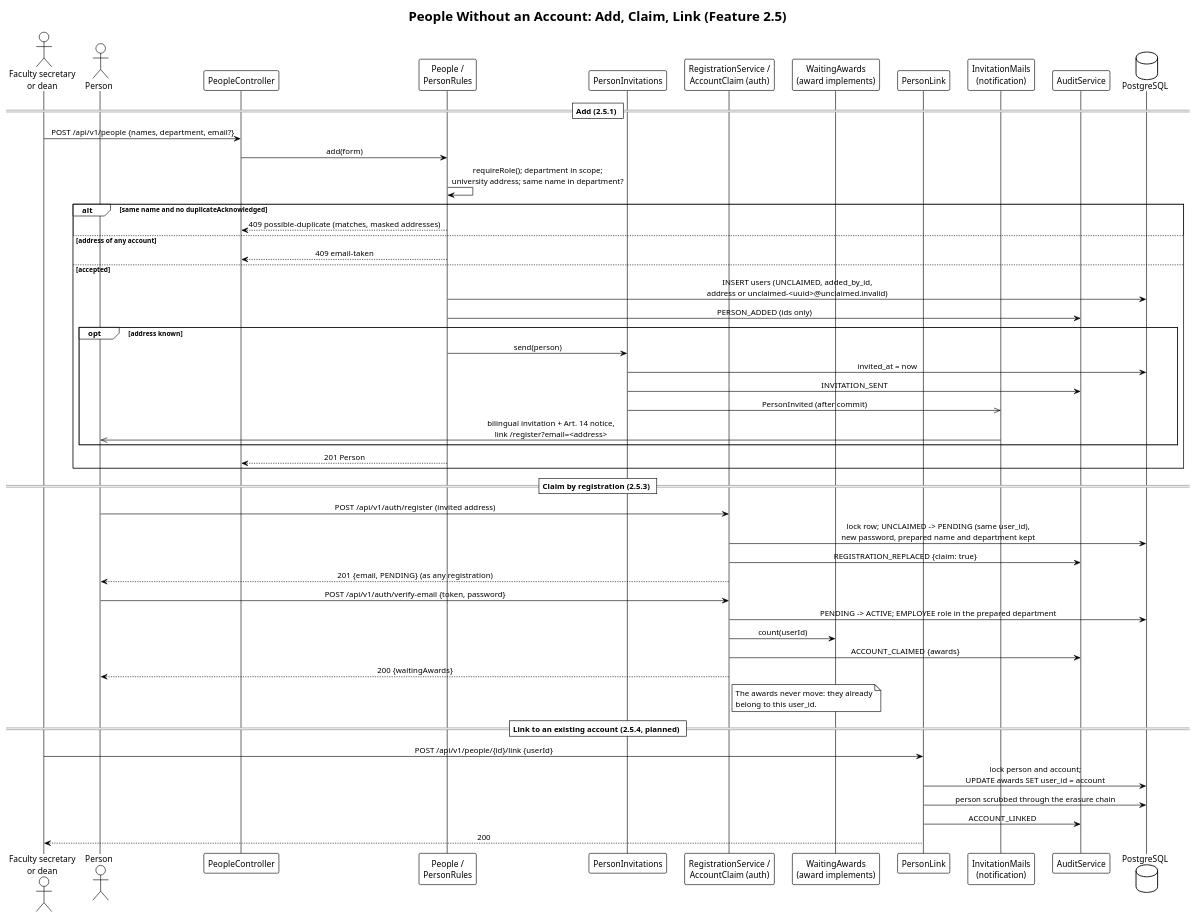
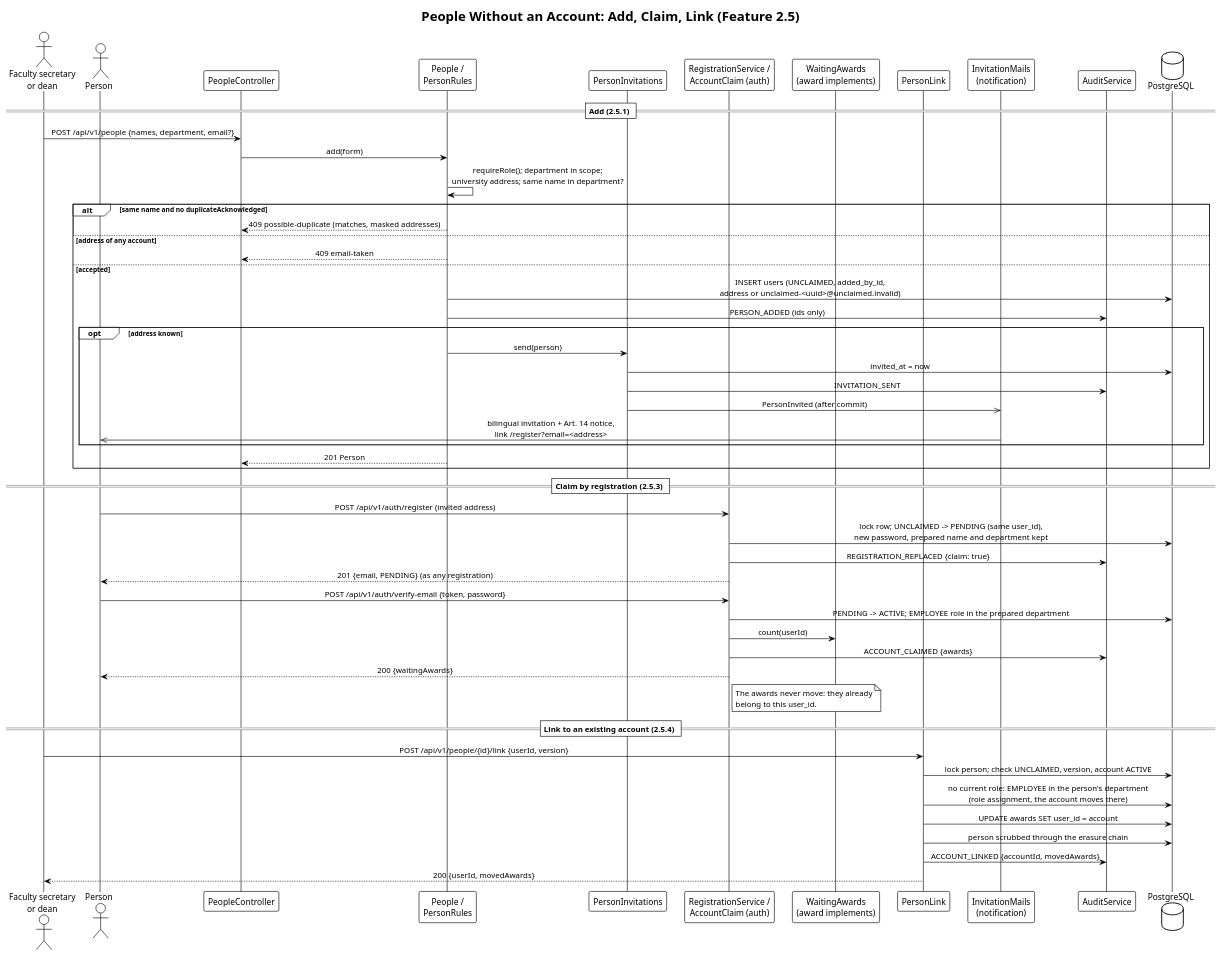
Before and after one commit to StKostyk/award-monitoring-system: the diagram in docs/diagrams/uml/sequence-person-claim-link.puml, drawn with PlantUML. The commit also changed 30 other files, not shown here.

Commit message:
feat(people): link a person without an account at membership confirmation

```diff
--- a/docs/diagrams/uml/sequence-person-claim-link.puml
+++ b/docs/diagrams/uml/sequence-person-claim-link.puml
@@ -1,61 +1,63 @@
 @startuml Sequence_Person_Claim_Link
 !theme plain
 skinparam sequenceMessageAlign center
 
 title People Without an Account: Add, Claim, Link (Feature 2.5)
 
 actor "Faculty secretary\nor dean" as secretary
 actor "Person" as person
 participant "PeopleController" as ctrl
 participant "People /\nPersonRules" as people
 participant "PersonInvitations" as invitations
 participant "RegistrationService /\nAccountClaim (auth)" as registration
 participant "WaitingAwards\n(award implements)" as waiting
 participant "PersonLink" as link
 participant "InvitationMails\n(notification)" as mails
 participant "AuditService" as audit
 database "PostgreSQL" as db
 
 == Add (2.5.1) ==
 secretary -> ctrl: POST /api/v1/people {names, department, email?}
 ctrl -> people: add(form)
 people -> people: requireRole(); department in scope;\nuniversity address; same name in department?
 alt same name and no duplicateAcknowledged
     people --> ctrl: 409 possible-duplicate (matches, masked addresses)
 else address of any account
     people --> ctrl: 409 email-taken
 else accepted
     people -> db: INSERT users (UNCLAIMED, added_by_id,\naddress or unclaimed-<uuid>@unclaimed.invalid)
     people -> audit: PERSON_ADDED (ids only)
     opt address known
         people -> invitations: send(person)
         invitations -> db: invited_at = now
         invitations -> audit: INVITATION_SENT
         invitations ->> mails: PersonInvited (after commit)
         mails ->> person: bilingual invitation + Art. 14 notice,\nlink /register?email=<address>
     end
     people --> ctrl: 201 Person
 end
 
 == Claim by registration (2.5.3) ==
 person -> registration: POST /api/v1/auth/register (invited address)
 registration -> db: lock row; UNCLAIMED -> PENDING (same user_id),\nnew password, prepared name and department kept
 registration -> audit: REGISTRATION_REPLACED {claim: true}
 registration --> person: 201 {email, PENDING} (as any registration)
 person -> registration: POST /api/v1/auth/verify-email {token, password}
 registration -> db: PENDING -> ACTIVE; EMPLOYEE role in the prepared department
 registration -> waiting: count(userId)
 registration -> audit: ACCOUNT_CLAIMED {awards}
 registration --> person: 200 {waitingAwards}
 note right of registration
     The awards never move: they already
     belong to this user_id.
 end note
 
-== Link to an existing account (2.5.4, planned) ==
-secretary -> link: POST /api/v1/people/{id}/link {userId}
-link -> db: lock person and account;\nUPDATE awards SET user_id = account
+== Link to an existing account (2.5.4) ==
+secretary -> link: POST /api/v1/people/{id}/link {userId, version}
+link -> db: lock person; check UNCLAIMED, version, account ACTIVE
+link -> db: no current role: EMPLOYEE in the person's department\n(role assignment, the account moves there)
+link -> db: UPDATE awards SET user_id = account
 link -> db: person scrubbed through the erasure chain
-link -> audit: ACCOUNT_LINKED
-link --> secretary: 200
+link -> audit: ACCOUNT_LINKED {accountId, movedAwards}
+link --> secretary: 200 {userId, movedAwards}
 @enduml
```
